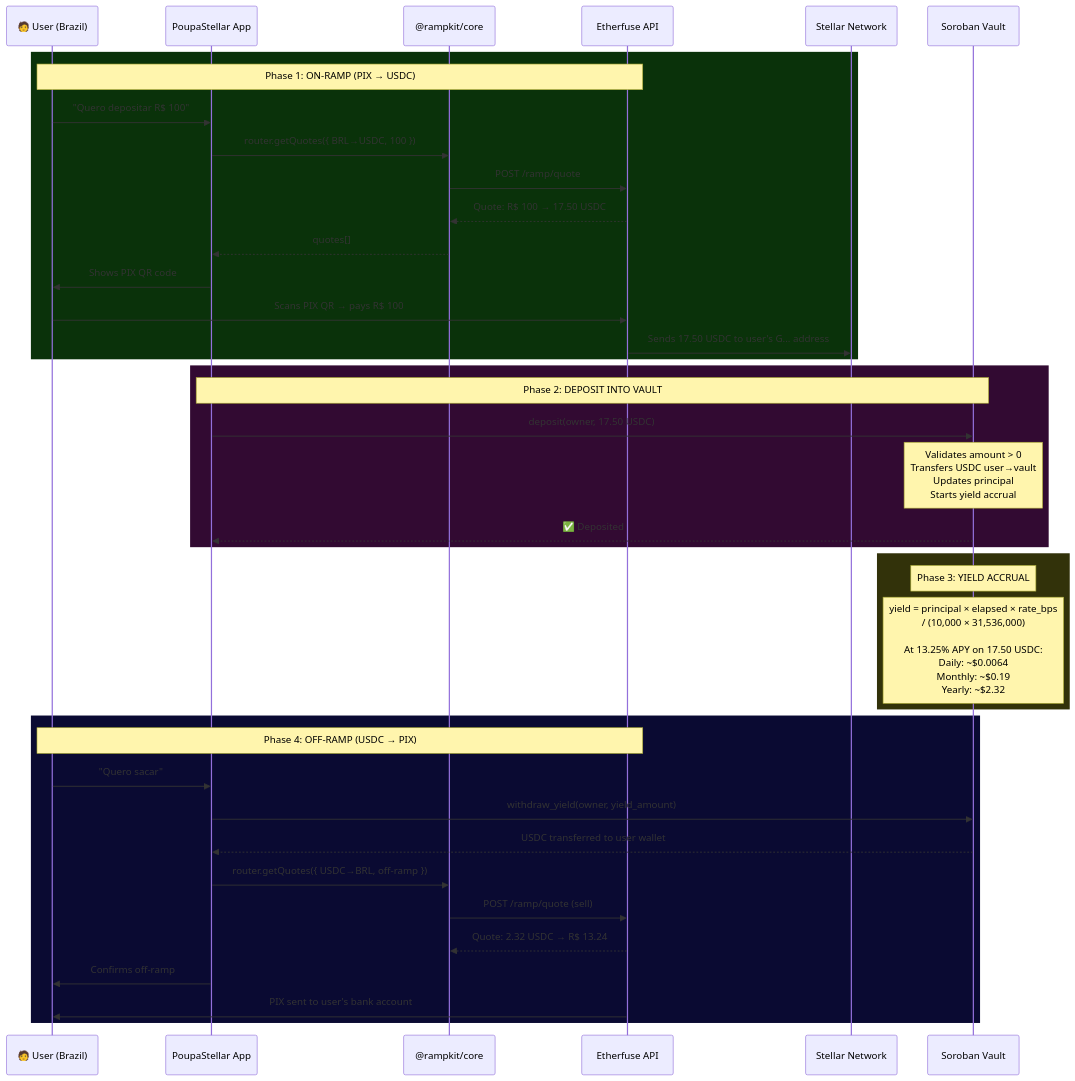
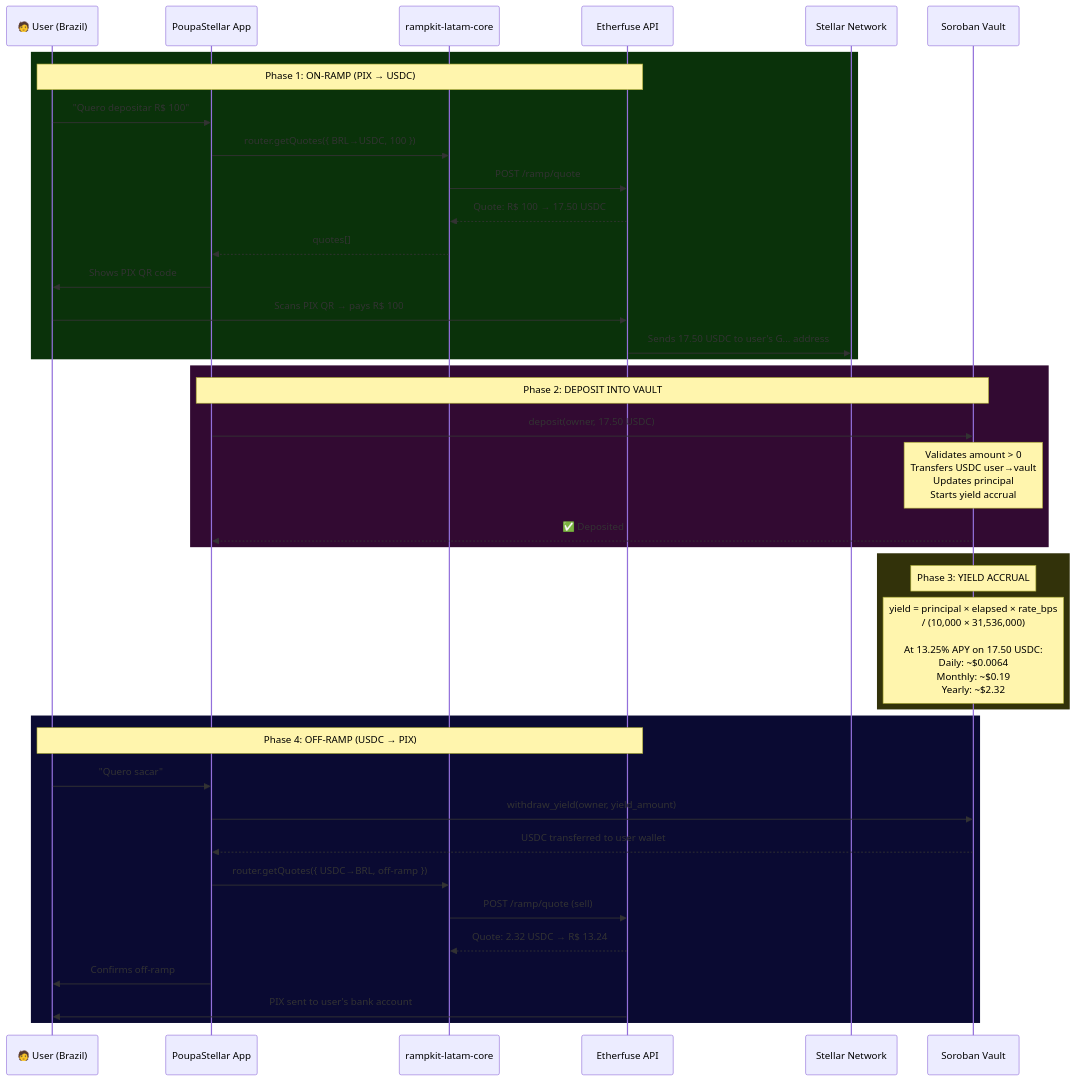
The diagram in docs/SAVINGS_FLOW.md (WritzProtocol/rampkit-latam), drawn with Mermaid before and after one commit. The commit also changed other lines of this file and 10 other files, not shown here.

````diff
--- a/docs/SAVINGS_FLOW.md
+++ b/docs/SAVINGS_FLOW.md
@@ -10,45 +10,45 @@
 ```mermaid
 sequenceDiagram
     participant U as 🧑 User (Brazil)
     participant APP as PoupaStellar App
-    participant SDK as @rampkit/core
+    participant SDK as rampkit-latam-core
     participant EF as Etherfuse API
     participant SN as Stellar Network
     participant SC as Soroban Vault
 
     rect rgb(10, 50, 10)
     Note over U, EF: Phase 1: ON-RAMP (PIX → USDC)
     U->>APP: "Quero depositar R$ 100"
     APP->>SDK: router.getQuotes({ BRL→USDC, 100 })
     SDK->>EF: POST /ramp/quote
     EF-->>SDK: Quote: R$ 100 → 17.50 USDC
     SDK-->>APP: quotes[]
     APP->>U: Shows PIX QR code
     U->>EF: Scans PIX QR → pays R$ 100
     EF->>SN: Sends 17.50 USDC to user's G... address
     end
 
     rect rgb(50, 10, 50)
     Note over APP, SC: Phase 2: DEPOSIT INTO VAULT
     APP->>SC: deposit(owner, 17.50 USDC)
     Note over SC: Validates amount > 0<br>Transfers USDC user→vault<br>Updates principal<br>Starts yield accrual
     SC-->>APP: ✅ Deposited
     end
 
     rect rgb(50, 50, 10)
     Note over SC, SC: Phase 3: YIELD ACCRUAL
     Note over SC: yield = principal × elapsed × rate_bps<br>           / (10,000 × 31,536,000)<br><br>At 13.25% APY on 17.50 USDC:<br>  Daily: ~$0.0064<br>  Monthly: ~$0.19<br>  Yearly: ~$2.32
     end
 
     rect rgb(10, 10, 50)
     Note over U, EF: Phase 4: OFF-RAMP (USDC → PIX)
     U->>APP: "Quero sacar"
     APP->>SC: withdraw_yield(owner, yield_amount)
     SC-->>APP: USDC transferred to user wallet
     APP->>SDK: router.getQuotes({ USDC→BRL, off-ramp })
     SDK->>EF: POST /ramp/quote (sell)
     EF-->>SDK: Quote: 2.32 USDC → R$ 13.24
     APP->>U: Confirms off-ramp
     EF->>U: PIX sent to user's bank account
     end
 ```
````
